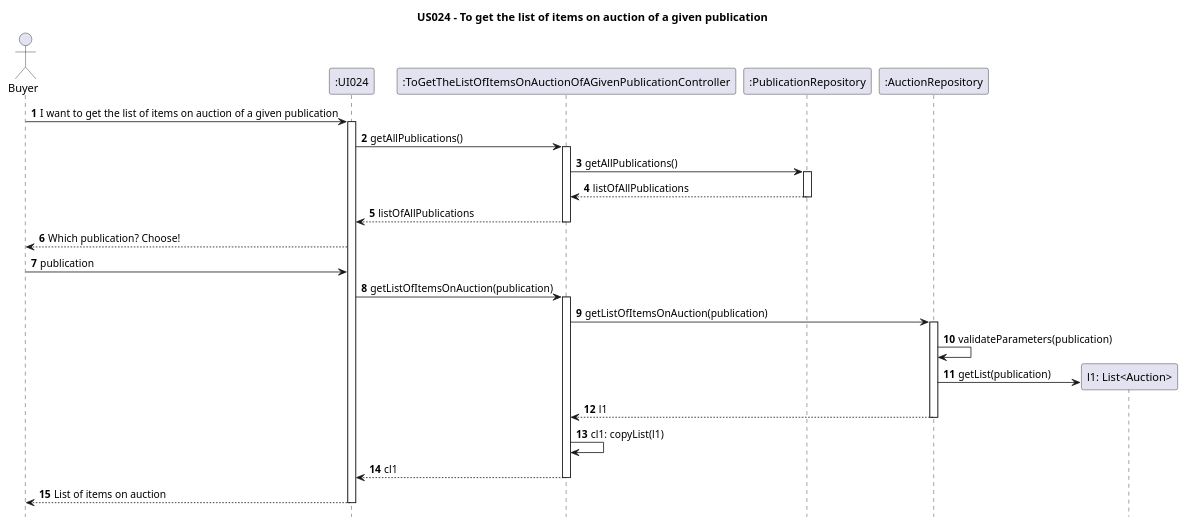
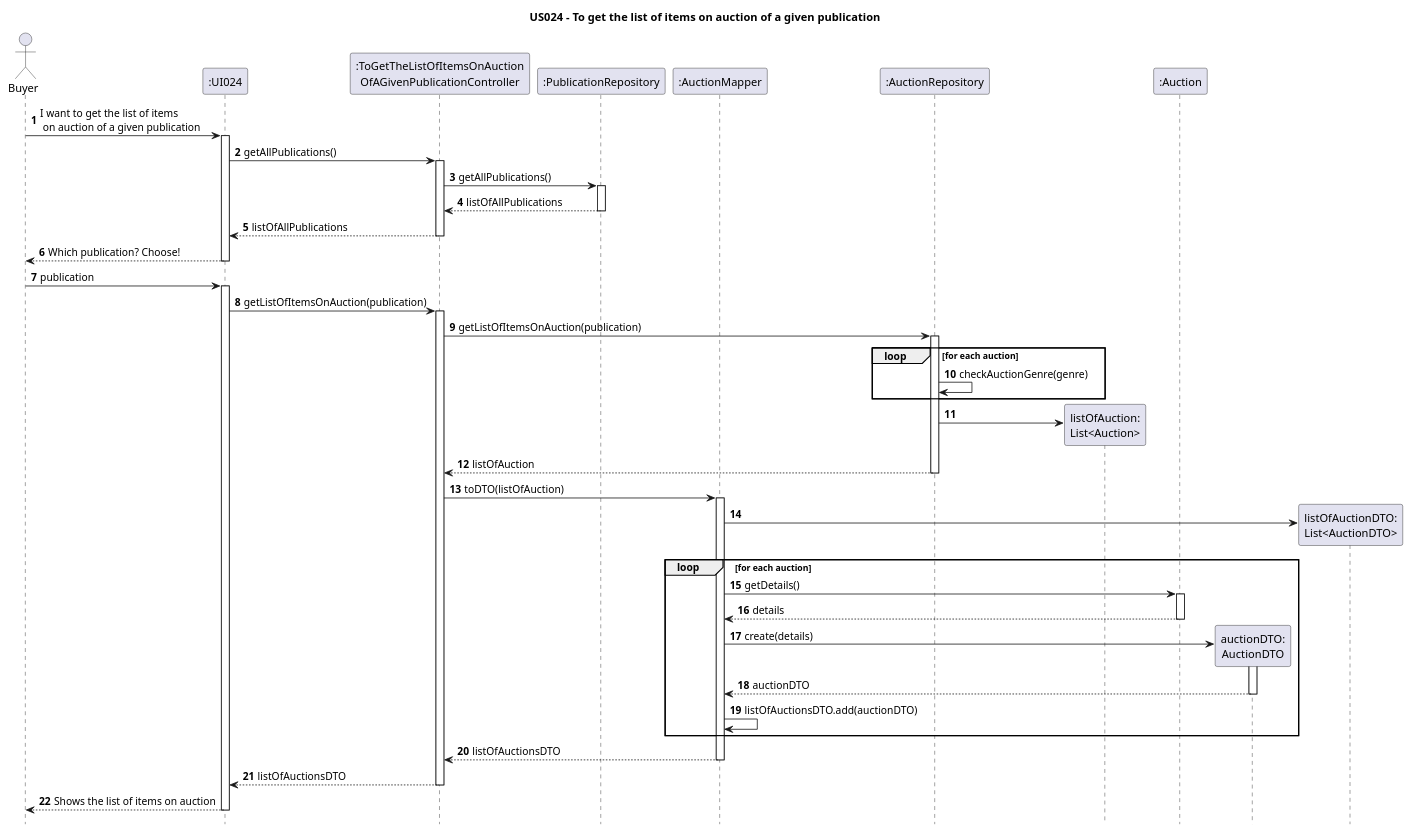
One commit to AndrePereiraGitH/SWitCH-Project-Team_A changed the diagram in Diagrams/SequenceDiagrams/N2/US024-to-get-the-list-of-items-on-auction-of-a-given-publication.puml. Above: the diagram before and after it, drawn with PlantUML. The commit also changed 6 other files, not shown here.

```diff
--- a/Diagrams/SequenceDiagrams/N2/US024-to-get-the-list-of-items-on-auction-of-a-given-publication.puml
+++ b/Diagrams/SequenceDiagrams/N2/US024-to-get-the-list-of-items-on-auction-of-a-given-publication.puml
@@ -1,52 +1,77 @@
 @startuml
 
 hide footbox
 autonumber
 title US024 - To get the list of items on auction of a given publication
 
 ' Participants
 actor Buyer
 participant ":UI024" as UI024
-participant ":ToGetTheListOfItemsOnAuctionOfAGivenPublicationController" as ToGetTheListOfItemsOnAuctionOfAGivenPublicationController
+participant ":ToGetTheListOfItemsOnAuction\nOfAGivenPublicationController" as Ctrl
 participant ":PublicationRepository" as PublicationRepository
+participant ":AuctionMapper" as Mapper
 participant ":AuctionRepository" as AuctionRepository
+participant "listOfAuction:\nList<Auction>" as ListAuc
+participant ":Auction" as AucDomain
+participant "auctionDTO:\nAuctionDTO" as DTO
+participant "listOfAuctionDTO:\nList<AuctionDTO>" as ListDTO
 
-Buyer -> UI024 : I want to get the list of items on auction of a given publication
+'Interactions
+Buyer -> UI024 : I want to get the list of items\n on auction of a given publication
 activate UI024
-UI024 -> ToGetTheListOfItemsOnAuctionOfAGivenPublicationController: getAllPublications()
-activate ToGetTheListOfItemsOnAuctionOfAGivenPublicationController
-ToGetTheListOfItemsOnAuctionOfAGivenPublicationController -> PublicationRepository: getAllPublications()
+UI024 -> Ctrl: getAllPublications()
+activate Ctrl
+Ctrl -> PublicationRepository: getAllPublications()
 activate PublicationRepository
-PublicationRepository --> ToGetTheListOfItemsOnAuctionOfAGivenPublicationController: listOfAllPublications
+PublicationRepository --> Ctrl: listOfAllPublications
 
 deactivate PublicationRepository
-ToGetTheListOfItemsOnAuctionOfAGivenPublicationController --> UI024 : listOfAllPublications
-deactivate ToGetTheListOfItemsOnAuctionOfAGivenPublicationController
+Ctrl --> UI024 : listOfAllPublications
+deactivate Ctrl
 Buyer <-- UI024 : Which publication? Choose!
+deactivate UI024
 Buyer -> UI024 : publication
+activate UI024
+UI024 -> Ctrl : getListOfItemsOnAuction(publication)
+activate Ctrl
 
-UI024 -> ToGetTheListOfItemsOnAuctionOfAGivenPublicationController : getListOfItemsOnAuction(publication)
-activate ToGetTheListOfItemsOnAuctionOfAGivenPublicationController
-
-ToGetTheListOfItemsOnAuctionOfAGivenPublicationController -> AuctionRepository : getListOfItemsOnAuction(publication)
+Ctrl -> AuctionRepository : getListOfItemsOnAuction(publication)
 activate AuctionRepository
 
-AuctionRepository -> AuctionRepository : validateParameters(publication)
+loop for each auction
+    AuctionRepository -> AuctionRepository : checkAuctionGenre(genre)
+end
 
+AuctionRepository -> ListAuc ** :
+AuctionRepository --> Ctrl : listOfAuction
 
-create "l1: List<Auction>" as AuctionList
-AuctionRepository -> AuctionList : getList(publication)
-
-
-AuctionRepository --> ToGetTheListOfItemsOnAuctionOfAGivenPublicationController : l1
 deactivate AuctionRepository
 
-ToGetTheListOfItemsOnAuctionOfAGivenPublicationController -> ToGetTheListOfItemsOnAuctionOfAGivenPublicationController : cl1: copyList(l1)
+Ctrl -> Mapper : toDTO(listOfAuction)
+activate Mapper
+Mapper -> ListDTO ** :
 
-ToGetTheListOfItemsOnAuctionOfAGivenPublicationController --> UI024 : cl1
-deactivate ToGetTheListOfItemsOnAuctionOfAGivenPublicationController
+    loop for each auction
+        Mapper -> AucDomain : getDetails()
+        activate AucDomain
+        AucDomain --> Mapper : details
+        deactivate AucDomain
 
-UI024 --> Buyer : List of items on auction
+        Mapper -> DTO ** : create(details)
+        activate DTO
+        DTO --> Mapper : auctionDTO
+        deactivate DTO
+
+        Mapper -> Mapper : listOfAuctionsDTO.add(auctionDTO)
+    end
+
+Mapper --> Ctrl : listOfAuctionsDTO
+deactivate Mapper
+
+Ctrl --> UI024 : listOfAuctionsDTO
+deactivate Ctrl
+
+UI024 --> Buyer : Shows the list of items on auction
 deactivate UI024
 
 @enduml
```
